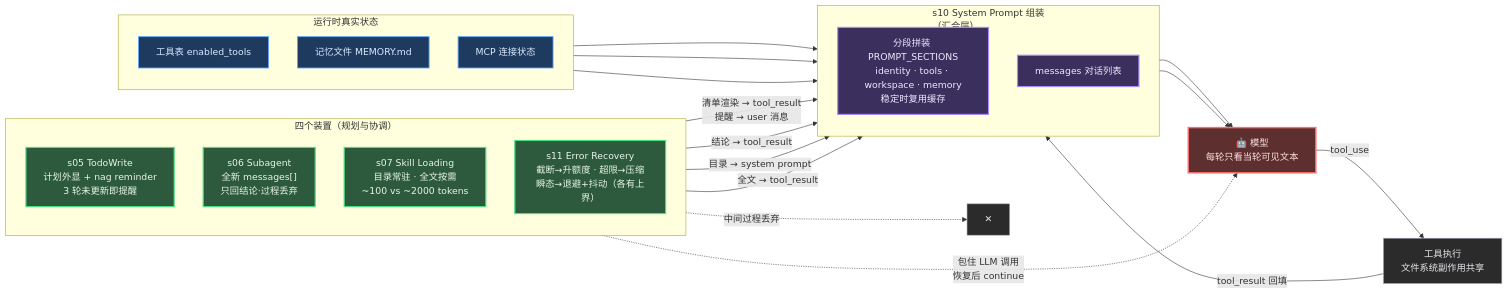
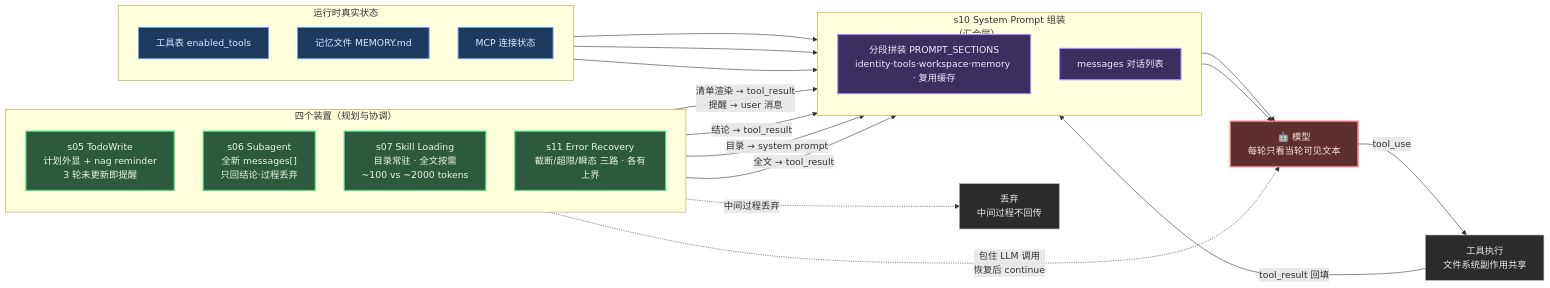
One commit to ThreeFish-AI/negentropy changed the diagram in docs/assets/mermaid/agent-harness/lcc-planning--panorama.mmd. Above: the diagram before and after it, drawn with Mermaid. The commit also changed 10 other files, not shown here.

First line of the commit message:
fix(archify): 五层依赖图与规划全景图工程直陈重绘（图面隐喻清零·archify 四门全绿·双主题 PNG 重采集）;

```diff
--- a/docs/assets/mermaid/agent-harness/lcc-planning--panorama.mmd
+++ b/docs/assets/mermaid/agent-harness/lcc-planning--panorama.mmd
@@ -1,53 +1,53 @@
 %% source: docs/research/agent-harness/172-claude-code-planning-coordination.md
 %% slug: lcc-planning--panorama
 %% type: architecture
 %% derived: 五装置经三通道汇入「每轮可见文本」的全貌（s05/s06/s07/s10/s11 + main s15 集成位）
 flowchart LR
     subgraph DEV["四个装置（规划与协调）"]
         direction TB
         TODO["s05 TodoWrite<br/>计划外显 + nag reminder<br/>3 轮未更新即提醒"]
         SUB["s06 Subagent<br/>全新 messages[]<br/>只回结论·过程丢弃"]
         SKILL["s07 Skill Loading<br/>目录常驻 · 全文按需<br/>~100 vs ~2000 tokens"]
-        RECOV["s11 Error Recovery<br/>截断→升额度 · 超限→压缩<br/>瞬态→退避+抖动（各有上界）"]
+        RECOV["s11 Error Recovery<br/>截断/超限/瞬态 三路 · 各有上界"]
     end
 
     subgraph STATE["运行时真实状态"]
         direction TB
         TOOLS["工具表 enabled_tools"]
         MEMFILE["记忆文件 MEMORY.md"]
         MCP["MCP 连接状态"]
     end
 
     subgraph ASSEMBLE["s10 System Prompt 组装<br/>（汇合层）"]
         direction TB
-        SP["分段拼装 PROMPT_SECTIONS<br/>identity · tools · workspace · memory<br/>稳定时复用缓存"]
+        SP["分段拼装 PROMPT_SECTIONS<br/>identity·tools·workspace·memory · 复用缓存"]
         MSGQ["messages 对话列表"]
     end
 
     MODEL["🤖 模型<br/>每轮只看当轮可见文本"]
     WORK["工具执行<br/>文件系统副作用共享"]
 
     TODO -- "清单渲染 → tool_result<br/>提醒 → user 消息" --> MSGQ
     SUB -- "结论 → tool_result" --> MSGQ
-    SUB -. "中间过程丢弃" .-> X["✕"]
+    SUB -. "中间过程丢弃" .-> X["丢弃<br/>中间过程不回传"]
     SKILL -- "目录 → system prompt" --> SP
     SKILL -- "全文 → tool_result" --> MSGQ
     TOOLS --> SP
     MEMFILE --> SP
     MCP --> SP
     SP --> MODEL
     MSGQ --> MODEL
     RECOV -. "包住 LLM 调用<br/>恢复后 continue" .-> MODEL
     MODEL -- "tool_use" --> WORK
     WORK -- "tool_result 回填" --> MSGQ
 
     classDef device fill:#2d5a3d,stroke:#4ade80,stroke-width:2px,color:#e8f5e9
     classDef state fill:#1e3a5f,stroke:#60a5fa,stroke-width:1.5px,color:#dbeafe
     classDef stage fill:#3b2f5e,stroke:#a78bfa,stroke-width:2px,color:#ede9fe
     classDef core fill:#5e2f2f,stroke:#f87171,stroke-width:2.5px,color:#fee2e2
     classDef plain fill:#2b2b2b,stroke:#9ca3af,stroke-width:1px,color:#e5e7eb
     class TODO,SUB,SKILL,RECOV device
     class TOOLS,MEMFILE,MCP state
     class SP,MSGQ stage
     class MODEL core
     class WORK,X plain
```
